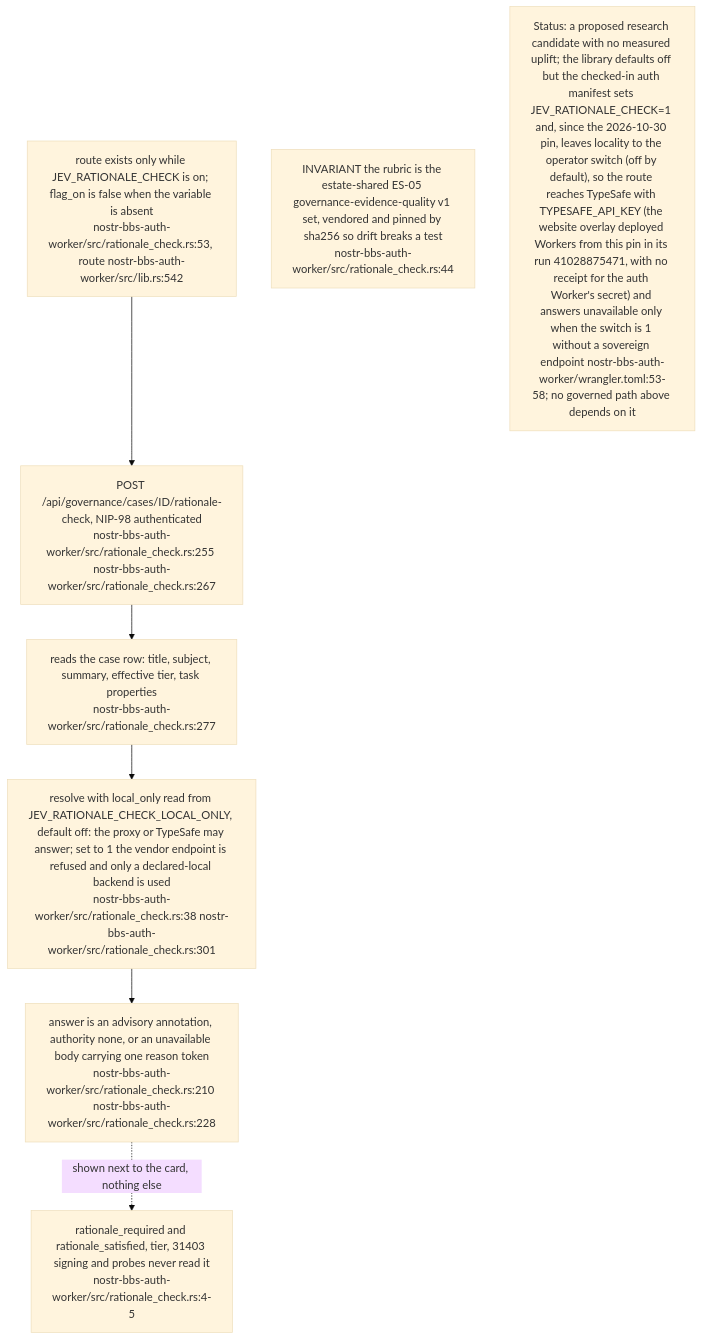
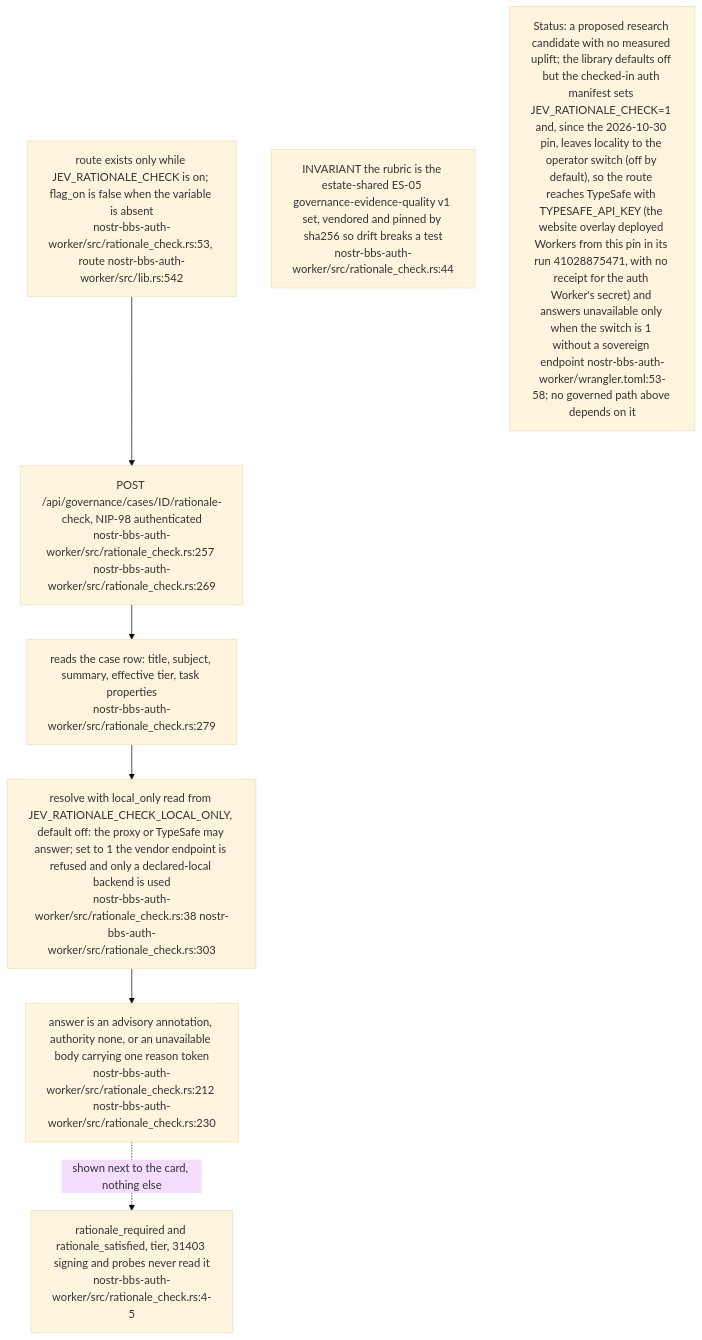
One commit to DreamLab-AI/VisionFlow changed diagram 17 of 17 in docs/diagrams/nostr-rust-forum/06-agent-control-surface-31400-31405.md. Above: the diagram before and after it, drawn with Mermaid (base theme). The commit also changed other lines of this file and 151 other files, not shown here.

````diff
--- a/docs/diagrams/nostr-rust-forum/06-agent-control-surface-31400-31405.md
+++ b/docs/diagrams/nostr-rust-forum/06-agent-control-surface-31400-31405.md
@@ -477,15 +477,15 @@
 ```mermaid
 flowchart TB
     FLAG["route exists only while JEV_RATIONALE_CHECK is on; flag_on is false when the variable is absent<br/>nostr-bbs-auth-worker/src/rationale_check.rs:53, route nostr-bbs-auth-worker/src/lib.rs:542"]
-    ROUTE["POST /api/governance/cases/ID/rationale-check, NIP-98 authenticated<br/>nostr-bbs-auth-worker/src/rationale_check.rs:255 nostr-bbs-auth-worker/src/rationale_check.rs:267"]
-    ROW["reads the case row: title, subject, summary, effective tier, task properties<br/>nostr-bbs-auth-worker/src/rationale_check.rs:277"]
-    LOCAL["resolve with local_only read from JEV_RATIONALE_CHECK_LOCAL_ONLY, default off: the proxy or TypeSafe may answer; set to 1 the vendor endpoint is refused and only a declared-local backend is used<br/>nostr-bbs-auth-worker/src/rationale_check.rs:38 nostr-bbs-auth-worker/src/rationale_check.rs:301"]
-    ADV["answer is an advisory annotation, authority none, or an unavailable body carrying one reason token<br/>nostr-bbs-auth-worker/src/rationale_check.rs:210 nostr-bbs-auth-worker/src/rationale_check.rs:228"]
+    ROUTE["POST /api/governance/cases/ID/rationale-check, NIP-98 authenticated<br/>nostr-bbs-auth-worker/src/rationale_check.rs:257 nostr-bbs-auth-worker/src/rationale_check.rs:269"]
+    ROW["reads the case row: title, subject, summary, effective tier, task properties<br/>nostr-bbs-auth-worker/src/rationale_check.rs:279"]
+    LOCAL["resolve with local_only read from JEV_RATIONALE_CHECK_LOCAL_ONLY, default off: the proxy or TypeSafe may answer; set to 1 the vendor endpoint is refused and only a declared-local backend is used<br/>nostr-bbs-auth-worker/src/rationale_check.rs:38 nostr-bbs-auth-worker/src/rationale_check.rs:303"]
+    ADV["answer is an advisory annotation, authority none, or an unavailable body carrying one reason token<br/>nostr-bbs-auth-worker/src/rationale_check.rs:212 nostr-bbs-auth-worker/src/rationale_check.rs:230"]
     GATE["rationale_required and rationale_satisfied, tier, 31403 signing and probes never read it<br/>nostr-bbs-auth-worker/src/rationale_check.rs:4-5"]
 
     FLAG --> ROUTE --> ROW --> LOCAL --> ADV
     ADV -.->|"shown next to the card, nothing else"| GATE
 
     N1["INVARIANT the rubric is the estate-shared ES-05 governance-evidence-quality v1 set, vendored and pinned by sha256 so drift breaks a test<br/>nostr-bbs-auth-worker/src/rationale_check.rs:44"]
     N2["Status: a proposed research candidate with no measured uplift; the library defaults off but the checked-in auth manifest sets JEV_RATIONALE_CHECK=1 and, since the 2026-10-30 pin, leaves locality to the operator switch (off by default), so the route reaches TypeSafe with TYPESAFE_API_KEY (the website overlay deployed Workers from this pin in its run 41028875471, with no receipt for the auth Worker's secret) and answers unavailable only when the switch is 1 without a sovereign endpoint nostr-bbs-auth-worker/wrangler.toml:53-58; no governed path above depends on it"]
 ```
````
